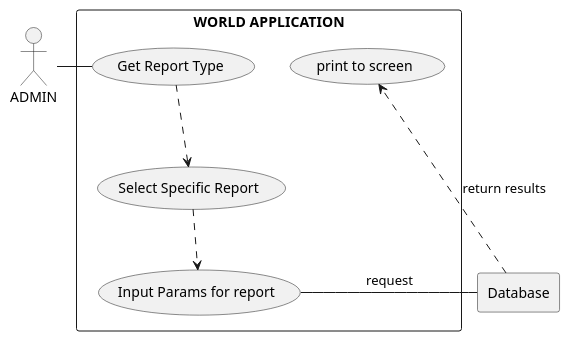
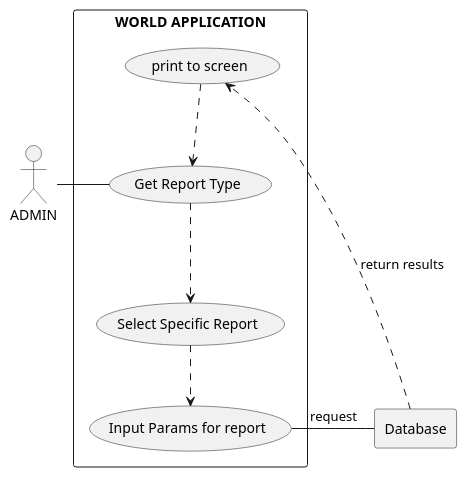
One commit to graemekean/sem changed the diagram in docs/WorldApp.puml. Above: the diagram before and after it, drawn with PlantUML.

Commit message:
Updated UML use case diagram

```diff
--- a/docs/WorldApp.puml
+++ b/docs/WorldApp.puml
@@ -1,24 +1,25 @@
 @startuml
 
 actor AD as "ADMIN"
 
 rectangle Database
 
 rectangle "WORLD APPLICATION" {
     usecase UCa as "Get Report Type"
 
     usecase UCb as "Select Specific Report"
 
     usecase UCc as "Input Params for report"
 
     usecase UCd as "print to screen"
 
     AD - UCa
     UCa ..> UCb
      UCb ..> UCc
      Database ..> UCd : return results
+     UCd ..> UCa
 
     UCc - Database : request
 }
 
 @enduml
```
